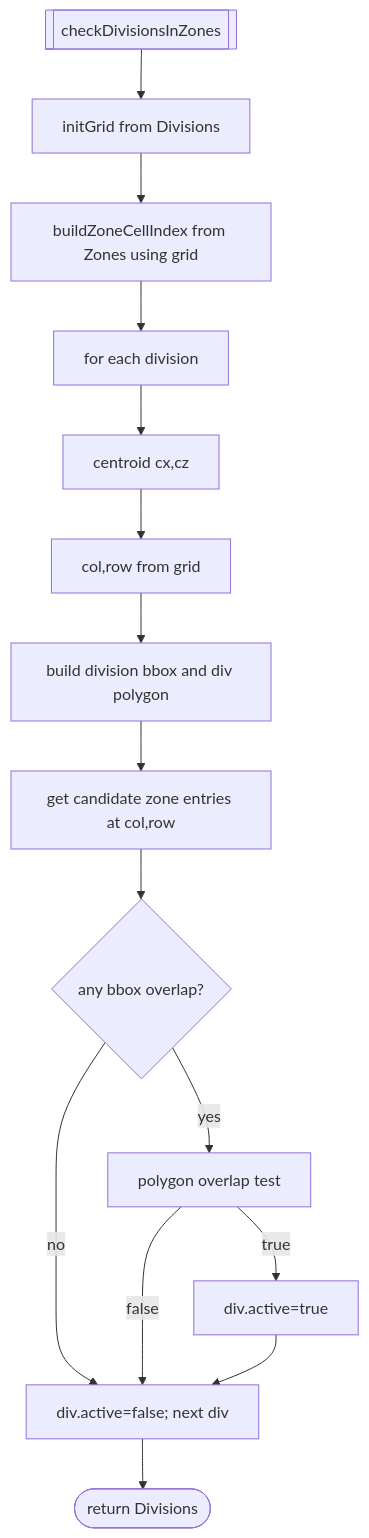
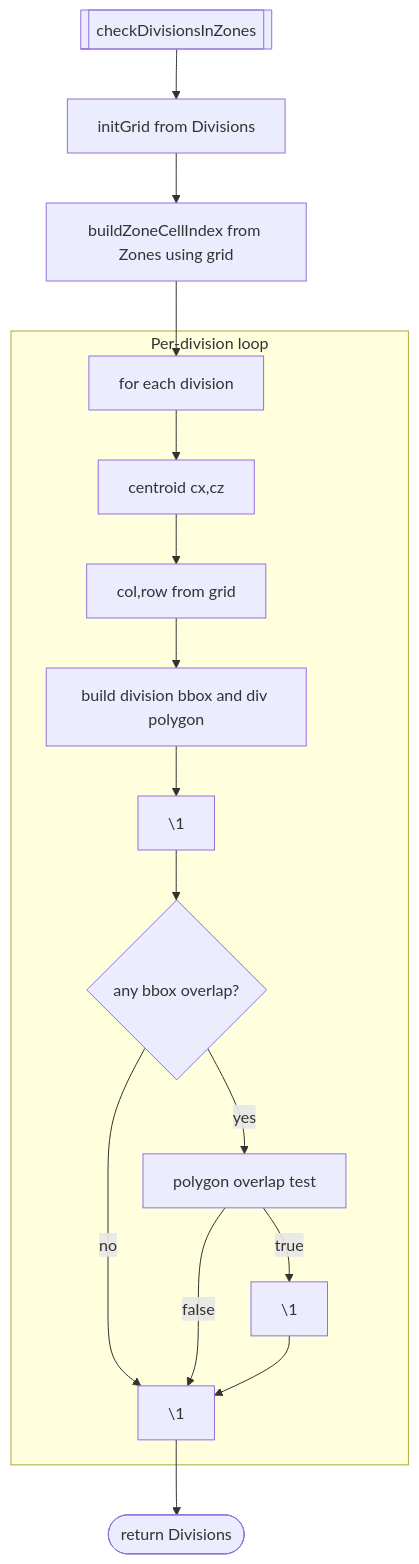
The third of 7 diagrams in docs/world/divisions.md (Gh0st352/AETHR), drawn with Mermaid before and after one commit. The commit also changed other lines of this file and 7 other files, not shown here.

First line of the commit message:
docs(world, mermaid): normalize headings and standardize Mermaid diagrams

````diff
--- a/docs/world/divisions.md
+++ b/docs/world/divisions.md
@@ -44,17 +56,24 @@
 ```mermaid
+%% shared theme: docs/_mermaid/theme.json %%
 flowchart TD
   C0[[checkDivisionsInZones]] --> G0[initGrid from Divisions]
   G0 --> ZI[buildZoneCellIndex from Zones using grid]
   ZI --> L1[for each division]
-  L1 --> CEN[centroid cx,cz]
-  CEN --> IDX[col,row from grid]
-  IDX --> BBOX[build division bbox and div polygon]
-  BBOX --> CANDS[get candidate zone entries at col,row]
-  CANDS --> OVL{any bbox overlap?}
-  OVL -- no --> NEXT[div.active=false; next div]
-  OVL -- yes --> POLY[polygon overlap test]
-  POLY -- true --> ACT[div.active=true]
-  POLY -- false --> NEXT
-  ACT --> NEXT
+  subgraph "Per-division loop"
+    L1 --> CEN[centroid cx,cz]
+    CEN --> IDX[col,row from grid]
+    IDX --> BBOX[build division bbox and div polygon]
+    BBOX --> CANDS["\1"]
+    CANDS --> OVL{any bbox overlap?}
+    OVL -- "no" --> NEXT["\1"]
+    OVL -- "yes" --> POLY[polygon overlap test]
+    POLY -- "true" --> ACT["\1"]
+    POLY -- "false" --> NEXT
+    ACT --> NEXT
+  end
   NEXT --> DONE([return Divisions])
+
+  class OVL class_decision;
+  class DONE class_result;
+  class C0,G0,ZI,L1,CEN,IDX,BBOX,CANDS,POLY,ACT,NEXT class_step;
 ```
````
